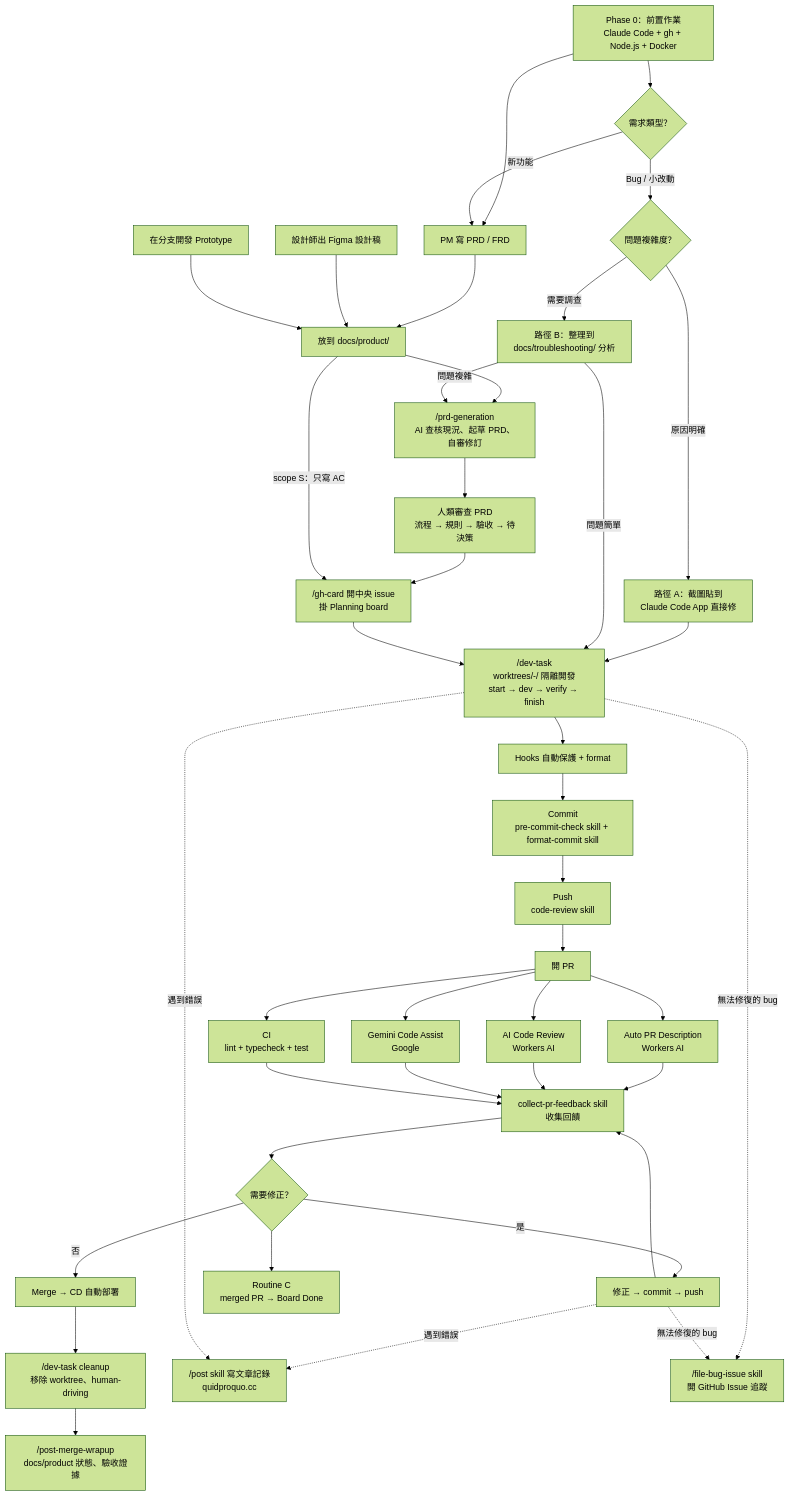
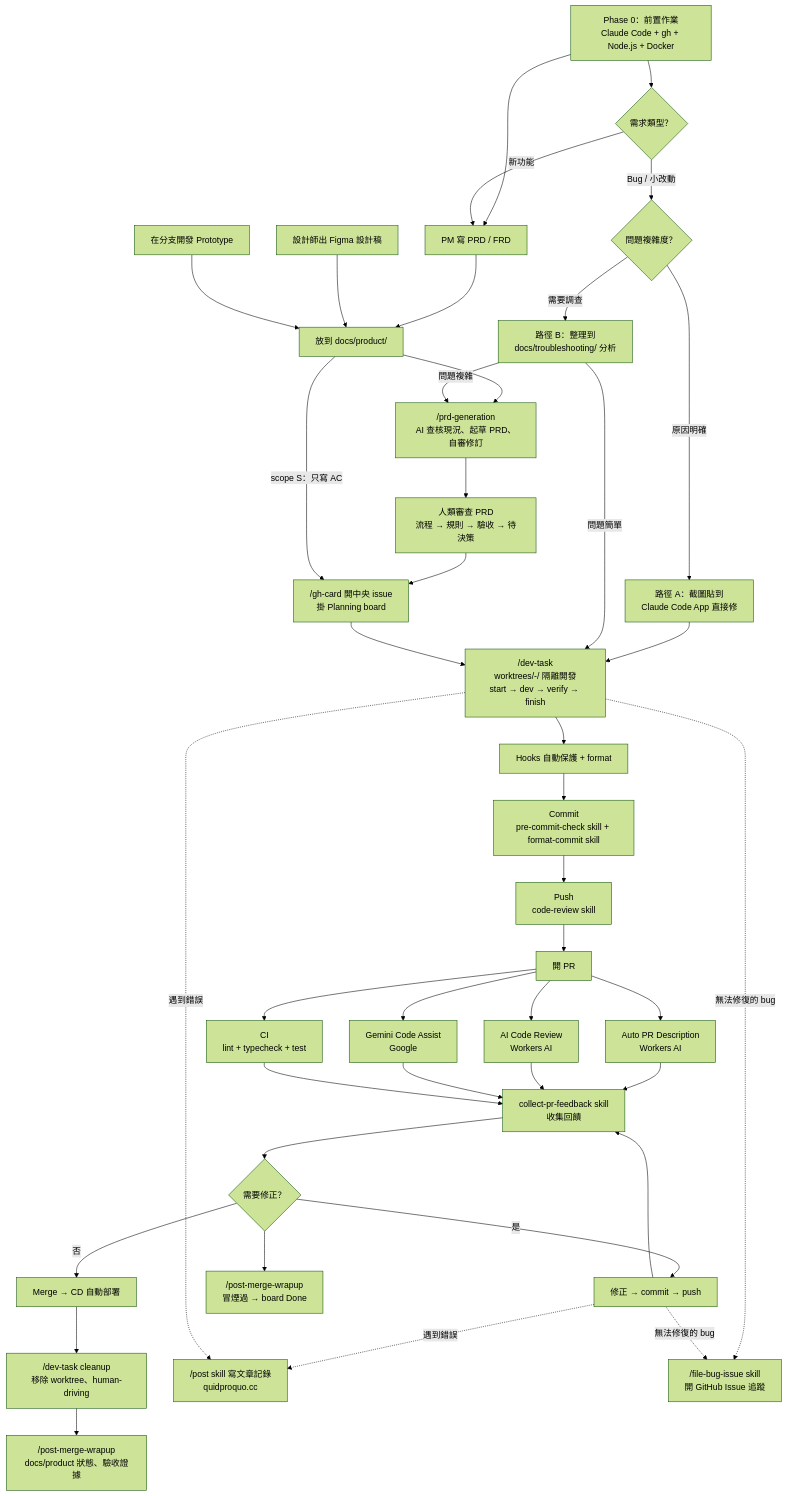
Before and after one commit to daodaoedu/daodao: the diagram in docs/workflow.md, drawn with Mermaid (forest theme). The commit also changed other lines of this file and 28 other files, not shown here.

````diff
--- a/docs/workflow.md
+++ b/docs/workflow.md
@@ -21,45 +21,45 @@
 ```mermaid
 flowchart TD
     A0["Phase 0：前置作業<br/>Claude Code + gh + Node.js + Docker"] --> A1
     A0 --> BUG{"需求類型？"}
 
     BUG -- "新功能" --> A1
     A1[PM 寫 PRD / FRD] --> A4[放到 docs/product/]
     A2[設計師出 Figma 設計稿] --> A4
     A3[在分支開發 Prototype] --> A4
     A4 --> B["/prd-generation<br/>AI 查核現況、起草 PRD、自審修訂"]
 
     BUG -- "Bug / 小改動" --> BUGPATH{"問題複雜度？"}
     BUGPATH -- "原因明確" --> BUGA["路徑 A：截圖貼到<br/>Claude Code App 直接修"]
     BUGA --> F
     BUGPATH -- "需要調查" --> BUGB["路徑 B：整理到<br/>docs/troubleshooting/ 分析"]
     BUGB -- "問題簡單" --> F
     BUGB -- "問題複雜" --> B
     B --> E["人類審查 PRD<br/>流程 → 規則 → 驗收 → 待決策"]
     E --> E2["/gh-card 開中央 issue<br/>掛 Planning board"]
     A4 -- "scope S：只寫 AC" --> E2
     E2 --> F["/dev-task<br/>worktrees/<n>-<slug>/ 隔離開發<br/>start → dev → verify → finish"]
     F --> G["Hooks 自動保護 + format"]
     G --> H["Commit<br/>pre-commit-check skill + format-commit skill"]
     H --> I["Push<br/>code-review skill"]
     I --> J[開 PR]
 
     J --> K["Auto PR Description<br/>Workers AI"]
     J --> L["AI Code Review<br/>Workers AI"]
     J --> M["Gemini Code Assist<br/>Google"]
     J --> N["CI<br/>lint + typecheck + test"]
 
     K & L & M & N --> O["collect-pr-feedback skill<br/>收集回饋"]
     O --> P{需要修正？}
     P -- 是 --> Q[修正 → commit → push] --> O
     P -- 否 --> R[Merge → CD 自動部署]
     R --> S["/dev-task cleanup<br/>移除 worktree、human-driving"]
     S --> T["/post-merge-wrapup<br/>docs/product 狀態、驗收證據"]
 
     Q -. 遇到錯誤 .-> U["/post skill 寫文章記錄<br/>quidproquo.cc"]
     F -. 遇到錯誤 .-> U
     F -. 無法修復的 bug .-> Y["/file-bug-issue skill<br/>開 GitHub Issue 追蹤"]
     Q -. 無法修復的 bug .-> Y
 
-    P --> Z["Routine C<br/>merged PR → Board Done"]
+    P --> Z["/post-merge-wrapup<br/>冒煙過 → board Done"]
 ```
````
